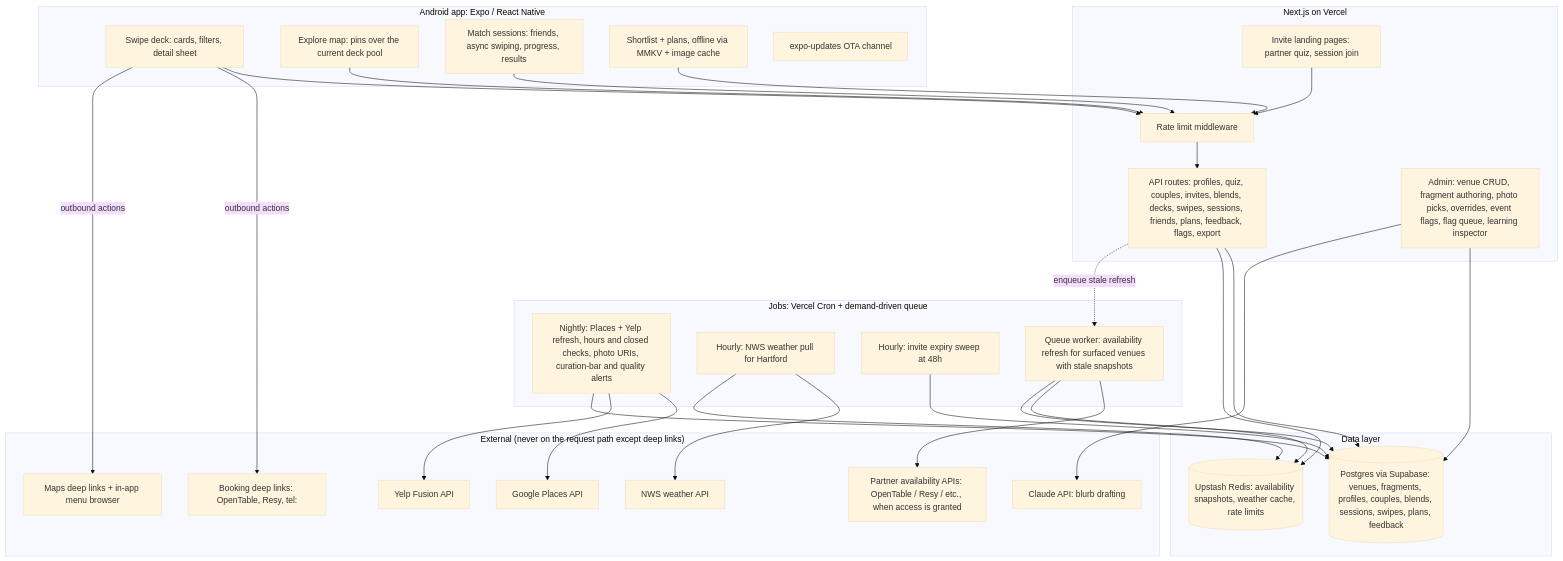
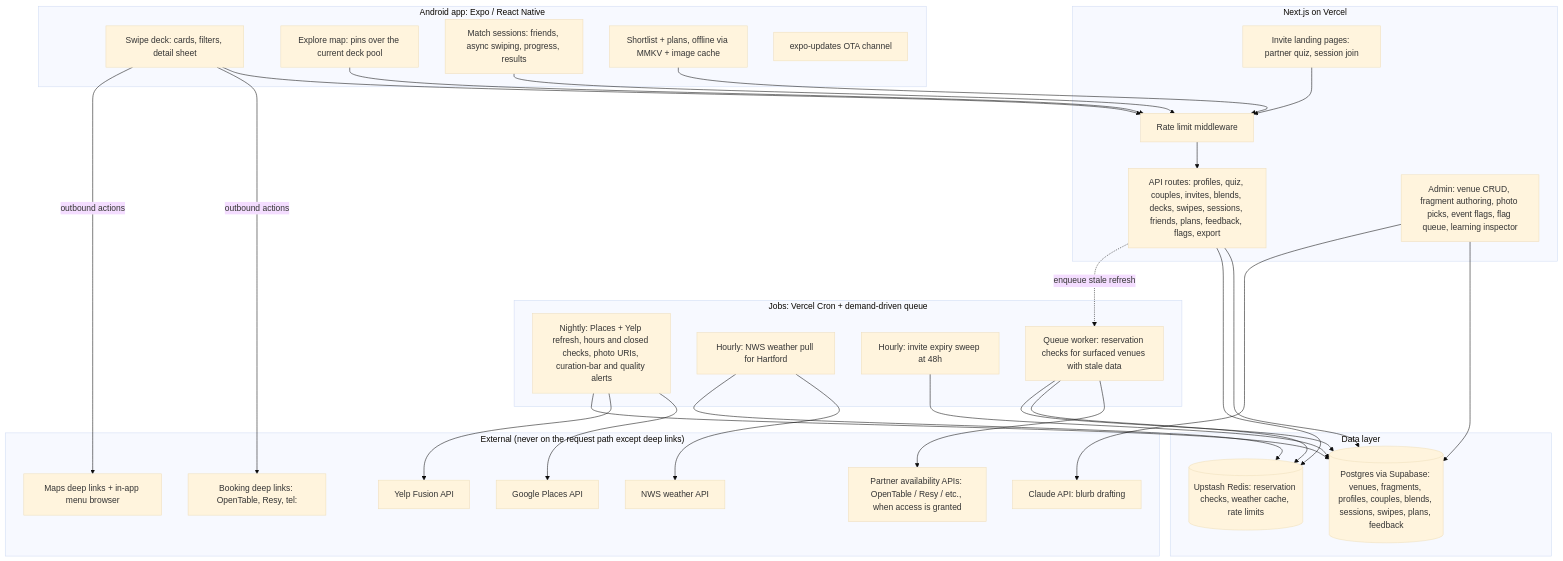
One commit to jsimo20/where2eat changed the first of 7 diagrams in docs/technical-design.md. Above: the diagram before and after it, drawn with Mermaid (base theme). The commit also changed other lines of this file and 3 other files, not shown here.

````diff
--- a/docs/technical-design.md
+++ b/docs/technical-design.md
@@ -107,52 +108,52 @@
 ```mermaid
 flowchart TB
     subgraph Client["Android app: Expo / React Native"]
         DECK[Swipe deck: cards, filters, detail sheet]
         EXPL[Explore map: pins over the current deck pool]
         MATCH[Match sessions: friends, async swiping, progress, results]
         PLANS[Shortlist + plans, offline via MMKV + image cache]
         OTA[expo-updates OTA channel]
     end
 
     subgraph Web["Next.js on Vercel"]
         RL[Rate limit middleware]
         API[API routes: profiles, quiz, couples, invites, blends, decks, swipes, sessions, friends, plans, feedback, flags, export]
         INV[Invite landing pages: partner quiz, session join]
-        ADM[Admin: venue CRUD, fragment authoring, photo picks, overrides, event flags, flag queue, learning inspector]
+        ADM[Admin: venue CRUD, fragment authoring, photo picks, event flags, flag queue, learning inspector]
     end
 
     subgraph Data["Data layer"]
         PG[(Postgres via Supabase: venues, fragments, profiles, couples, blends, sessions, swipes, plans, feedback)]
-        RD[(Upstash Redis: availability snapshots, weather cache, rate limits)]
+        RD[(Upstash Redis: reservation checks, weather cache, rate limits)]
     end
 
     subgraph Jobs["Jobs: Vercel Cron + demand-driven queue"]
         J1[Nightly: Places + Yelp refresh, hours and closed checks, photo URIs, curation-bar and quality alerts]
         J2[Hourly: NWS weather pull for Hartford]
         J3[Hourly: invite expiry sweep at 48h]
-        J5[Queue worker: availability refresh for surfaced venues with stale snapshots]
+        J5[Queue worker: reservation checks for surfaced venues with stale data]
     end
 
     subgraph Ext["External (never on the request path except deep links)"]
         GP[Google Places API]
         YF[Yelp Fusion API]
         NWS[NWS weather API]
         CL[Claude API: blurb drafting]
         PA[Partner availability APIs: OpenTable / Resy / etc., when access is granted]
         BK[Booking deep links: OpenTable, Resy, tel:]
         MP[Maps deep links + in-app menu browser]
     end
 
     DECK & EXPL & MATCH & PLANS --> RL
     INV --> RL
     RL --> API
     API --> PG & RD
     API -. enqueue stale refresh .-> J5
     J5 --> PA & RD & PG
     ADM --> PG
     ADM --> CL
     J1 --> GP & YF & PG
     J2 --> NWS & RD
     J3 --> PG
     DECK -- outbound actions --> BK & MP
 ```
````
